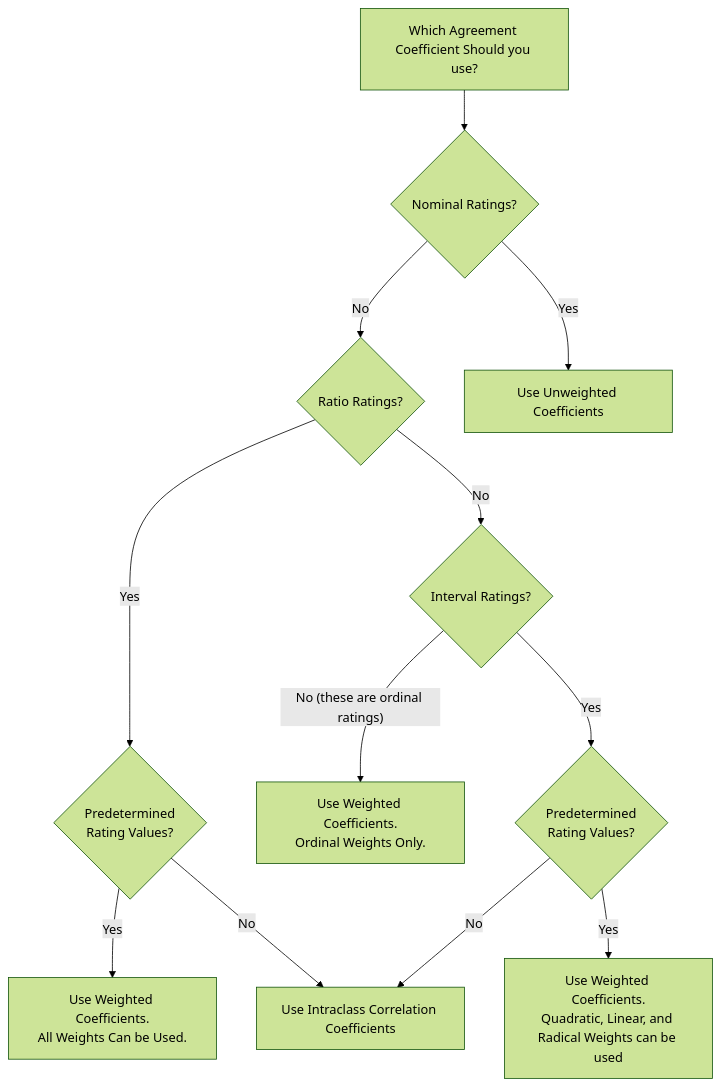
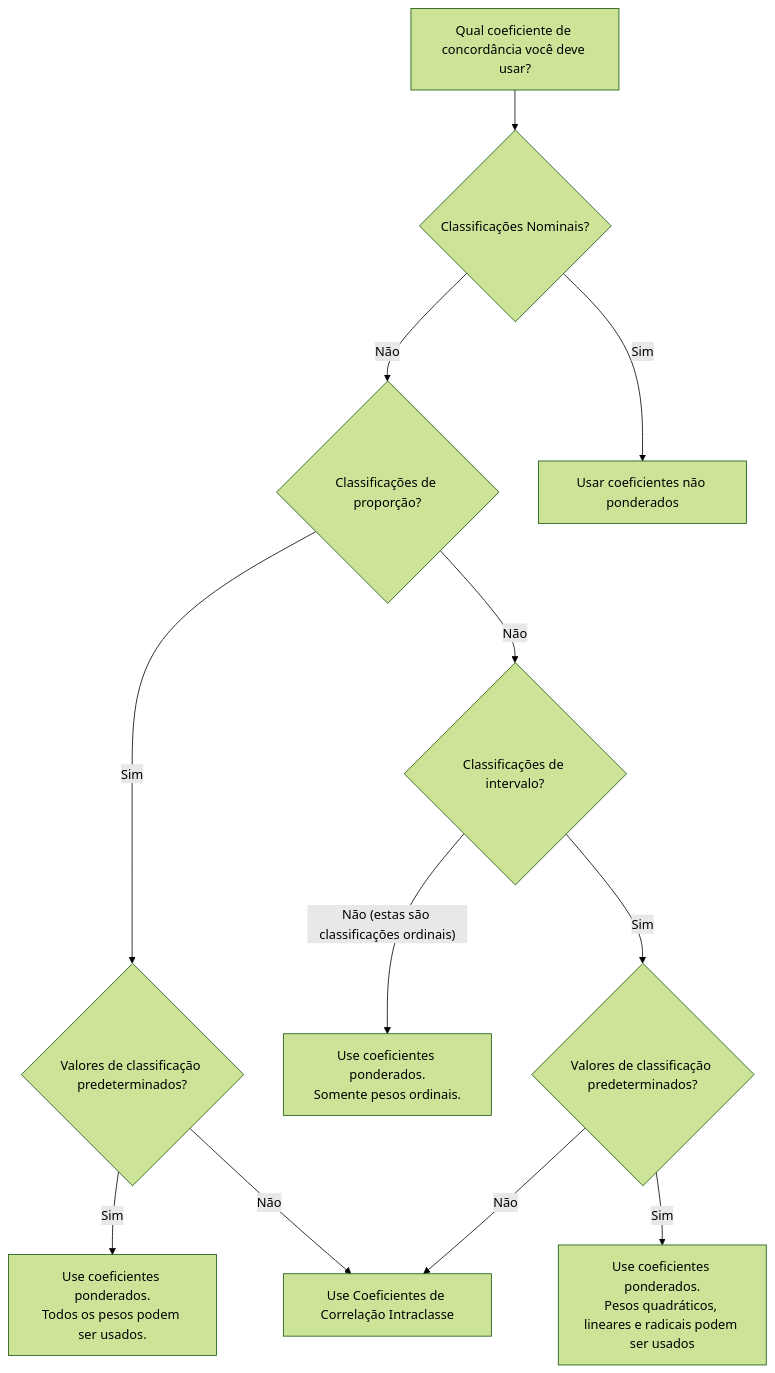
The diagram in docs/annotation/inter-rater-reliability.pt.md (DougTrajano/olid-br), drawn with Mermaid (forest theme) before and after one commit.

````diff
--- a/docs/annotation/inter-rater-reliability.pt.md
+++ b/docs/annotation/inter-rater-reliability.pt.md
@@ -16,14 +16,14 @@
 ```mermaid
 graph TD
-    A[Which Agreement Coefficient Should you use?] --> B{Nominal Ratings?}
-    B -->|No| D{Ratio Ratings?}
-    B -->|Yes| C[Use Unweighted Coefficients]
-    D -->|Yes| E{Predetermined<br>Rating Values?}
-    D -->|No| F{Interval Ratings?}
-    F -->|"No (these are ordinal ratings)"| H[Use Weighted Coefficients.<br>Ordinal Weights Only.]
-    F -->|Yes| G{Predetermined<br>Rating Values?}
-    E -->|Yes| I[Use Weighted Coefficients.<br>All Weights Can be Used.]
-    E -->|No| J[Use Intraclass Correlation Coefficients]
-    G -->|Yes| K[Use Weighted Coefficients.<br>Quadratic, Linear, and Radical Weights can be used]
-    G -->|No| J[Use Intraclass Correlation Coefficients]
+    A[Qual coeficiente de concordância você deve usar?] --> B{Classificações Nominais?}
+    B -->|Não| D{Classificações de proporção?}
+    B -->|Sim| C[Usar coeficientes não ponderados]
+    D -->|Sim| E{Valores de classificação predeterminados?}
+    D -->|Não| F{Classificações de intervalo?}
+    F -->|"Não (estas são classificações ordinais)"| H[Use coeficientes ponderados.<br>Somente pesos ordinais.]
+    F -->|Sim| G{Valores de classificação predeterminados?}
+    E -->|Sim| I[Use coeficientes ponderados.<br>Todos os pesos podem ser usados.]
+    E -->|Não| J[Use Coeficientes de Correlação Intraclasse]
+    G -->|Sim| K[Use coeficientes ponderados.<br>Pesos quadráticos, lineares e radicais podem ser usados]
+    G -->|Não| J[Use Coeficientes de Correlação Intraclasse]
 ```
````
